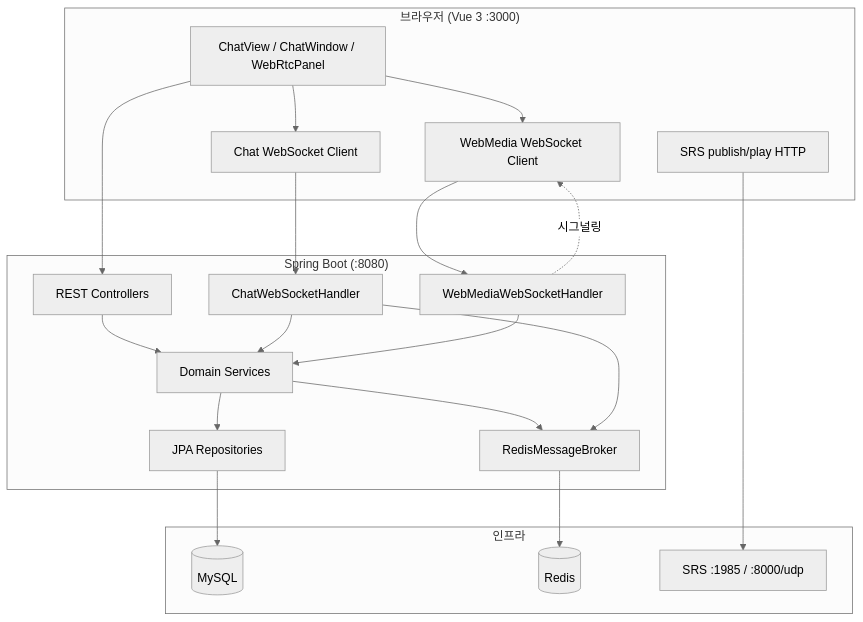
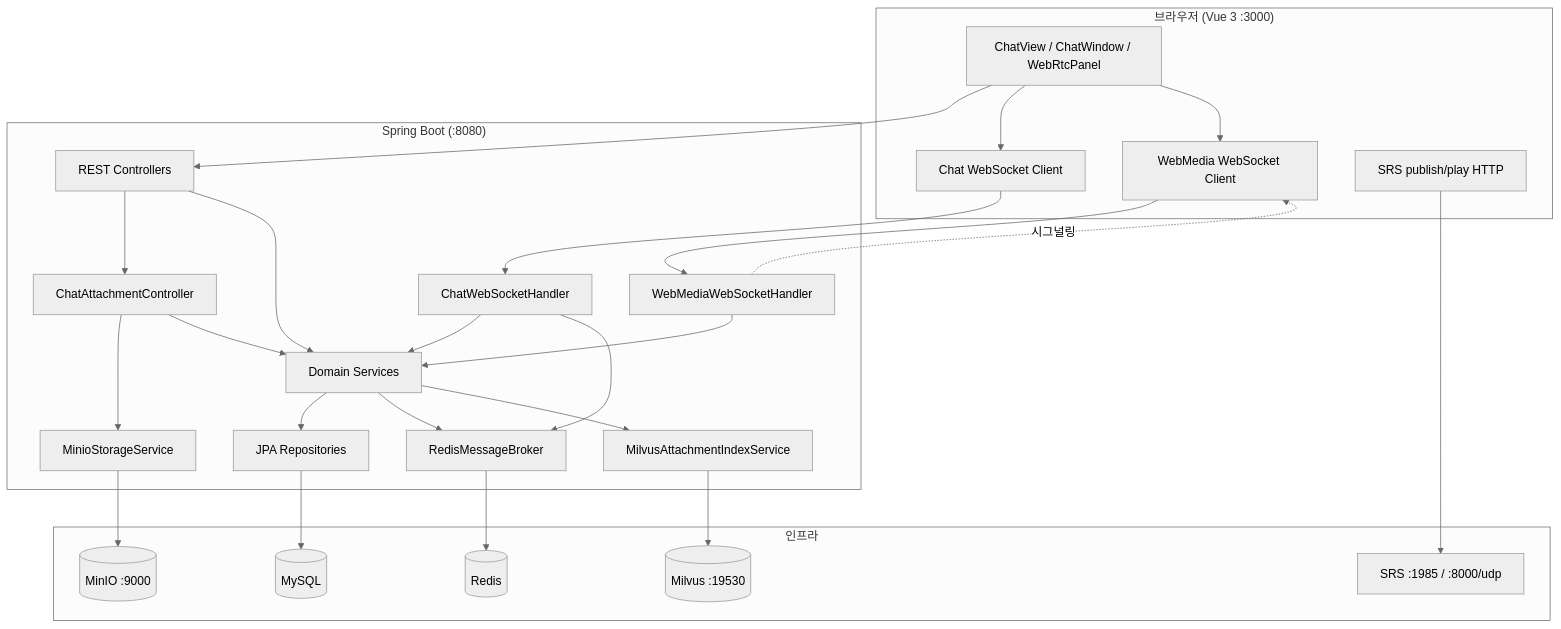
Before and after one commit to skyleedevzero86/studyKotlin: the first of 6 diagrams in ko_chat/README.md, drawn with Mermaid (neutral theme). The commit also changed other lines of this file, not shown here.

````diff
--- a/ko_chat/README.md
+++ b/ko_chat/README.md
@@ -117,40 +166,51 @@
 ```mermaid
 flowchart TB
     subgraph Client["브라우저 (Vue 3 :3000)"]
         UI[ChatView / ChatWindow / WebRtcPanel]
         ChatWS[Chat WebSocket Client]
         MediaWS[WebMedia WebSocket Client]
         SRSClient[SRS publish/play HTTP]
     end
 
     subgraph Backend["Spring Boot (:8080)"]
         REST[REST Controllers]
+        Attach[ChatAttachmentController]
         ChatHandler[ChatWebSocketHandler]
         MediaHandler[WebMediaWebSocketHandler]
         Domain[Domain Services]
         JPA[JPA Repositories]
         RedisBroker[RedisMessageBroker]
+        MinioSvc[MinioStorageService]
+        MilvusSvc[MilvusAttachmentIndexService]
     end
 
     subgraph Infra["인프라"]
         MySQL[(MySQL)]
         Redis[(Redis)]
+        MinIO[(MinIO :9000)]
+        Milvus[(Milvus :19530)]
         SRS[SRS :1985 / :8000/udp]
     end
 
     UI --> REST
     UI --> ChatWS
     UI --> MediaWS
+    REST --> Attach
+    Attach --> MinioSvc
+    Attach --> Domain
     MediaWS --> MediaHandler
     ChatWS --> ChatHandler
     REST --> Domain
     ChatHandler --> Domain
     MediaHandler --> Domain
     Domain --> JPA
     Domain --> RedisBroker
+    Domain --> MilvusSvc
     JPA --> MySQL
     RedisBroker --> Redis
     ChatHandler --> RedisBroker
+    MinioSvc --> MinIO
+    MilvusSvc --> Milvus
     SRSClient --> SRS
     MediaHandler -.시그널링.-> MediaWS
 ```
````
